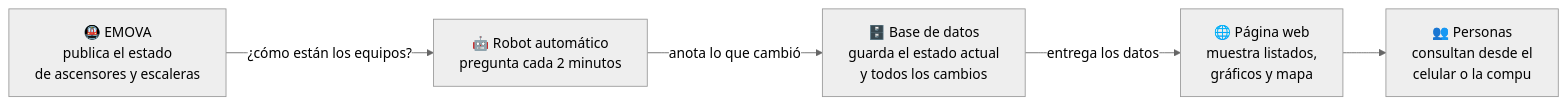
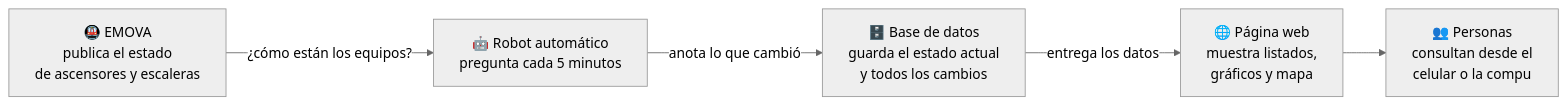
Before and after one commit to juanfere/accesibilidad_subte: the first of 6 diagrams in README_no_tecnico.md, drawn with Mermaid (neutral theme). The commit also changed other lines of this file and 4 other files, not shown here.

````diff
--- a/README_no_tecnico.md
+++ b/README_no_tecnico.md
@@ -32,13 +32,13 @@
 ```mermaid
 flowchart LR
     A["🚇 EMOVA<br/>publica el estado<br/>de ascensores y escaleras"]
-    B["🤖 Robot automático<br/>pregunta cada 2 minutos"]
+    B["🤖 Robot automático<br/>pregunta cada 5 minutos"]
     C["🗄️ Base de datos<br/>guarda el estado actual<br/>y todos los cambios"]
     D["🌐 Página web<br/>muestra listados,<br/>gráficos y mapa"]
     E["👥 Personas<br/>consultan desde el<br/>celular o la compu"]
 
     A -- "¿cómo están los equipos?" --> B
     B -- "anota lo que cambió" --> C
     C -- "entrega los datos" --> D
     D --> E
 ```
````
